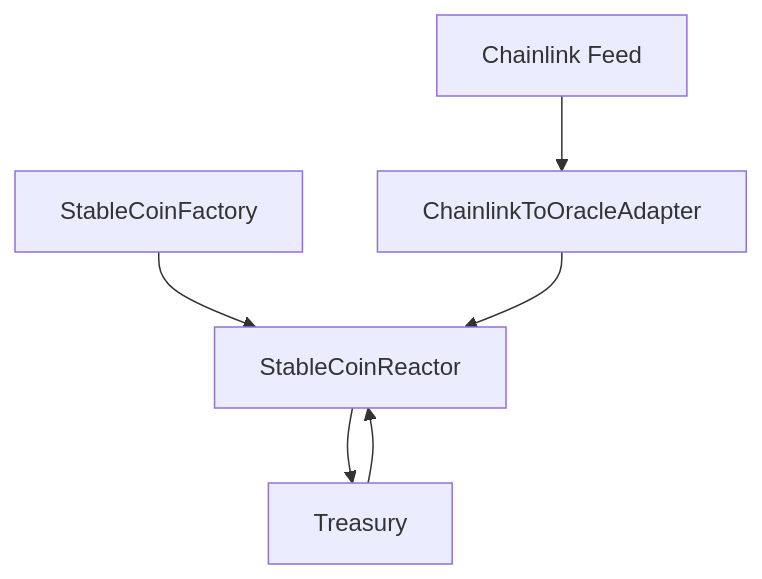
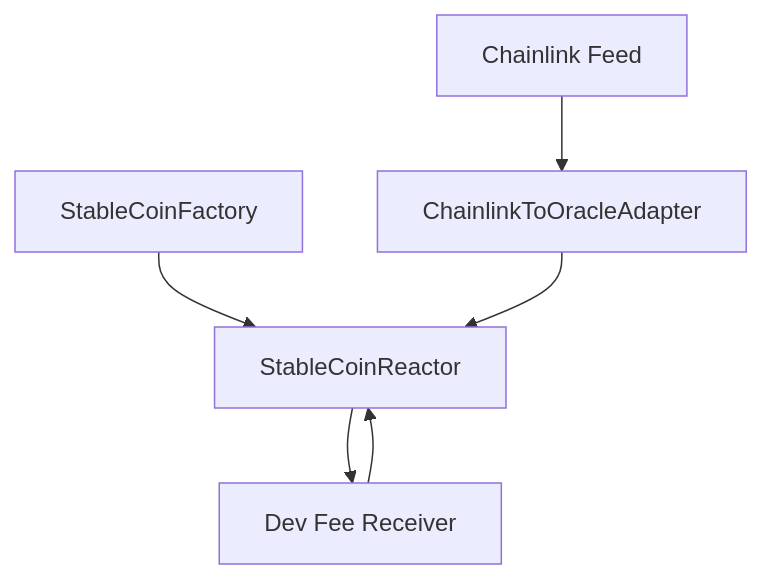
One commit to Piyushbijarania/Gluon-EVM changed the second of 2 diagrams in README.md. Above: the diagram before and after it, drawn with Mermaid. The commit also changed other lines of this file and 11 other files, not shown here.

````diff
--- a/README.md
+++ b/README.md
@@ -201,14 +201,14 @@
 ```mermaid
 flowchart TD
     F[StableCoinFactory]
     C[Chainlink Feed]
     A[ChainlinkToOracleAdapter]
     R[StableCoinReactor]
-    T[Treasury]
+    T[Dev Fee Receiver]
 
     F --> R
     C --> A
     A --> R
     T --> R
     R --> T
 ```
````
